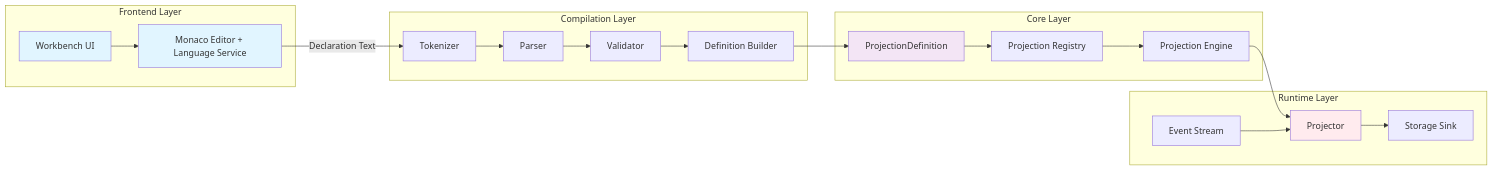
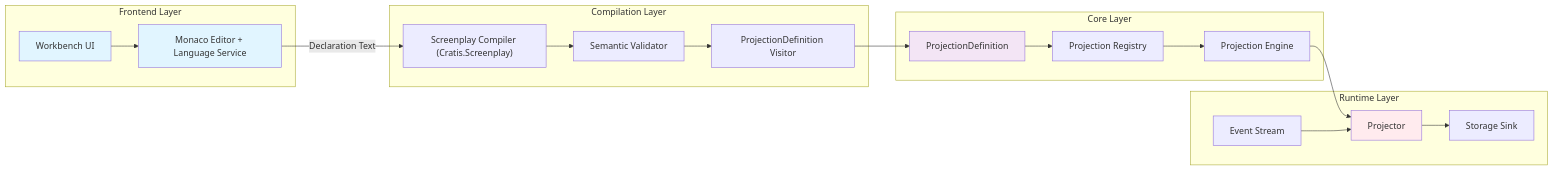
One commit to Cratis/Chronicle changed the second of 3 diagrams in Documentation/projections/architecture.mdx. Above: the diagram before and after it, drawn with Mermaid. The commit also changed other lines of this file and 1 other file, not shown here.

First line of the commit message:
Update architecture docs and Workbench links for the Screenplay compiler

````diff
--- a/Documentation/projections/architecture.mdx
+++ b/Documentation/projections/architecture.mdx
@@ -117,44 +117,42 @@
 ```mermaid
 graph LR
     subgraph Frontend["Frontend Layer"]
         Workbench["Workbench UI"]
         MonacoEditor["Monaco Editor + Language Service"]
     end
 
     subgraph Compiler["Compilation Layer"]
-        Tokenizer["Tokenizer"]
-        Parser["Parser"]
-        Validator["Validator"]
-        DefBuilder["Definition Builder"]
+        Screenplay["Screenplay Compiler (Cratis.Screenplay)"]
+        Validator["Semantic Validator"]
+        Visitor["ProjectionDefinition Visitor"]
     end
 
     subgraph Core["Core Layer"]
         Definition["ProjectionDefinition"]
         Registry["Projection Registry"]
         Engine["Projection Engine"]
     end
 
     subgraph Runtime["Runtime Layer"]
         EventStream["Event Stream"]
         Projector["Projector"]
         Sink["Storage Sink"]
     end
 
     Workbench --> MonacoEditor
-    MonacoEditor --> |Declaration Text| Tokenizer
-    Tokenizer --> Parser
-    Parser --> Validator
-    Validator --> DefBuilder
-    DefBuilder --> Definition
+    MonacoEditor --> |Declaration Text| Screenplay
+    Screenplay --> Validator
+    Validator --> Visitor
+    Visitor --> Definition
     Definition --> Registry
     Registry --> Engine
     Engine --> Projector
     EventStream --> Projector
     Projector --> Sink
 
     style Workbench fill:#e1f5ff
     style MonacoEditor fill:#e1f5ff
     style Definition fill:#f3e5f5
     style Projector fill:#ffebee
 
 ```
````
